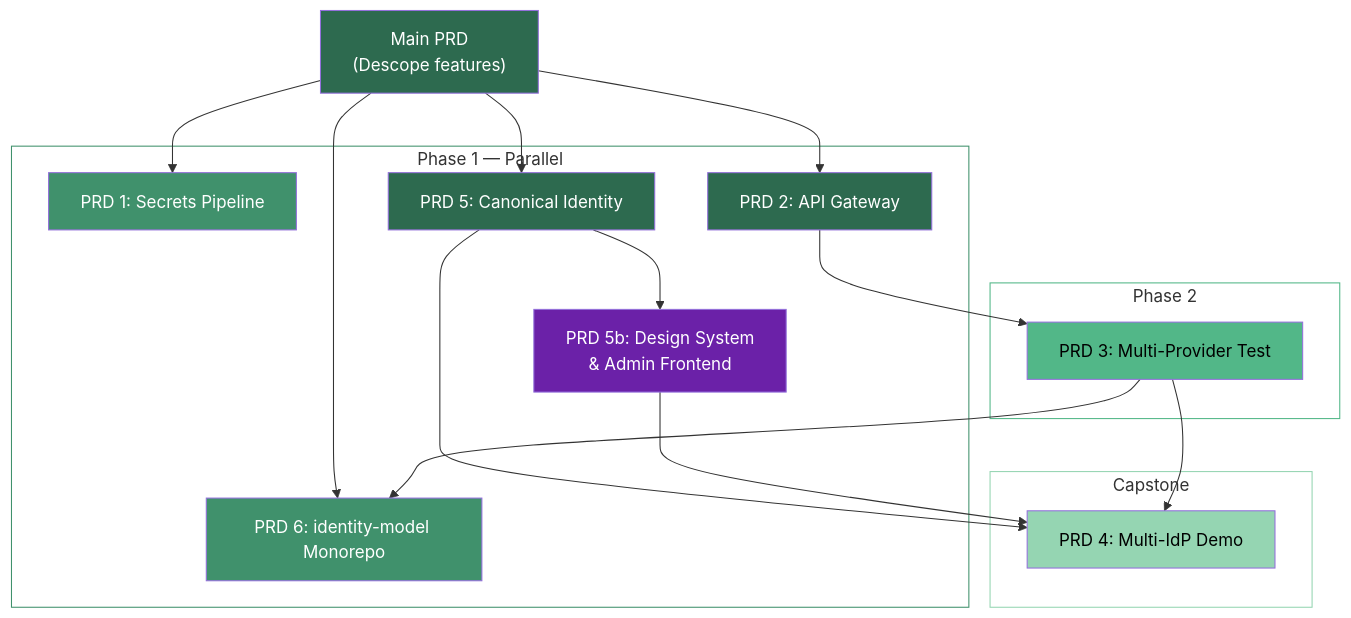
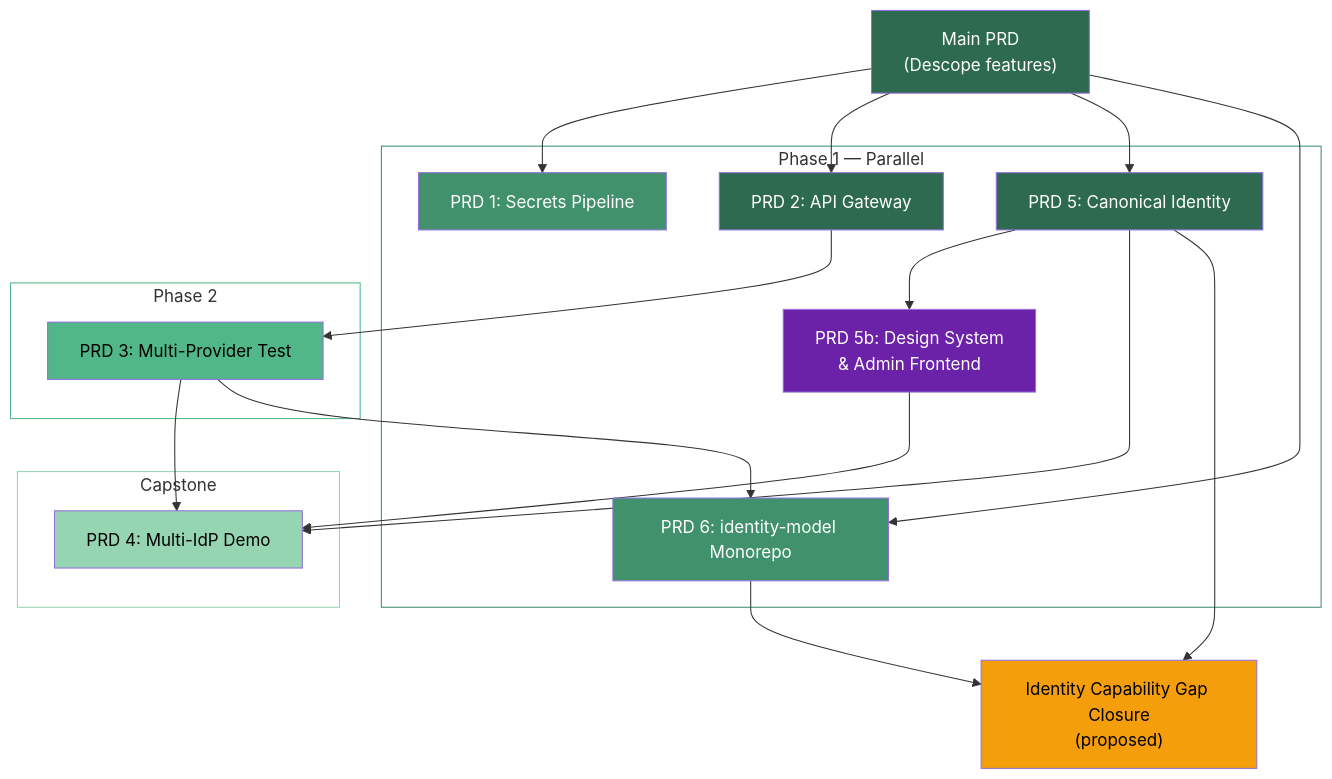
One commit to jamescrowley321/identity-stack-planning changed the diagram in docs/roadmap.md. Above: the diagram before and after it, drawn with Mermaid. The commit also changed other lines of this file and 5 other files, not shown here.

Commit message:
docs: identify identity capability gaps (#102)

````diff
--- a/docs/roadmap.md
+++ b/docs/roadmap.md
@@ -20,43 +21,48 @@
 ```mermaid
 graph TD
     MAIN["Main PRD<br/>(Descope features)"]
 
     subgraph phase1["Phase 1 — Parallel"]
         PRD1["PRD 1: Secrets Pipeline"]
         PRD2["PRD 2: API Gateway"]
         PRD5["PRD 5: Canonical Identity"]
         PRD5b["PRD 5b: Design System<br/>& Admin Frontend"]
         PRD6["PRD 6: identity-model Monorepo"]
     end
 
     subgraph phase2["Phase 2"]
         PRD3["PRD 3: Multi-Provider Test"]
     end
 
     subgraph capstone["Capstone"]
         PRD4["PRD 4: Multi-IdP Demo"]
     end
 
+    IC["Identity Capability Gap Closure<br/>(proposed)"]
+
     MAIN --> PRD1
     MAIN --> PRD2
     MAIN --> PRD5
     PRD5 --> PRD5b
     MAIN --> PRD6
     PRD2 --> PRD3
     PRD3 --> PRD4
     PRD5 --> PRD4
     PRD5b --> PRD4
     PRD3 --> PRD6
+    PRD5 --> IC
+    PRD6 --> IC
 
     style MAIN fill:#2d6a4f,color:#fff
     style PRD5 fill:#2d6a4f,color:#fff
     style PRD2 fill:#2d6a4f,color:#fff
     style PRD5b fill:#6b21a8,color:#fff
     style PRD1 fill:#40916c,color:#fff
     style PRD3 fill:#52b788,color:#000
     style PRD4 fill:#95d5b2,color:#000
     style PRD6 fill:#40916c,color:#fff
     style phase1 fill:none,stroke:#40916c
     style phase2 fill:none,stroke:#52b788
     style capstone fill:none,stroke:#95d5b2
+    style IC fill:#f59e0b,color:#000
 ```
````
